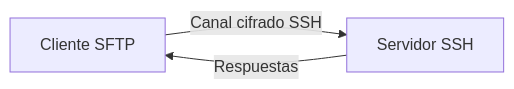
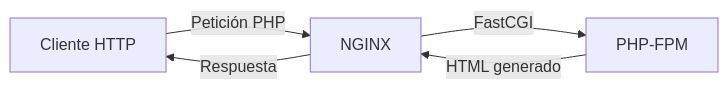
The first of 3 diagrams in docs/Tema3/P3.1.nueva.md (raul-profesor/Despliegue), drawn with Mermaid before and after one commit. The commit also changed other lines of this file and 11 other files, not shown here.

````diff
--- a/docs/Tema3/P3.1.nueva.md
+++ b/docs/Tema3/P3.1.nueva.md
@@ -54,5 +116,7 @@
 ```mermaid
 graph LR
-    Cliente[Cliente SFTP] -->|Canal cifrado SSH| Servidor[Servidor SSH]
-    Servidor -->|Respuestas| Cliente
+    Cliente[Cliente HTTP] -->|Petición PHP| NGINX
+    NGINX -->|FastCGI| FPM[PHP-FPM]
+    FPM -->|HTML generado| NGINX
+    NGINX -->|Respuesta| Cliente
 ```
````
